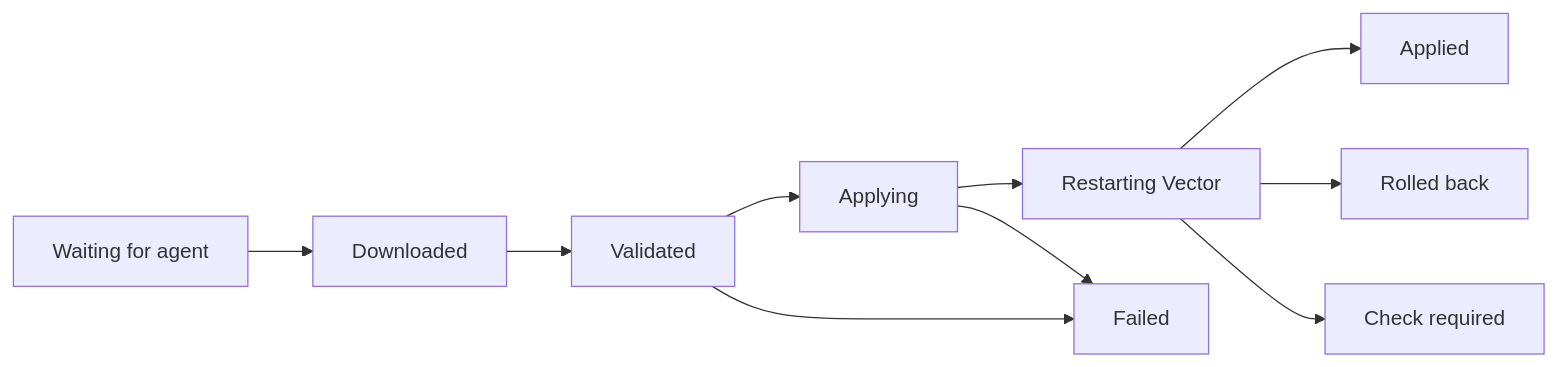
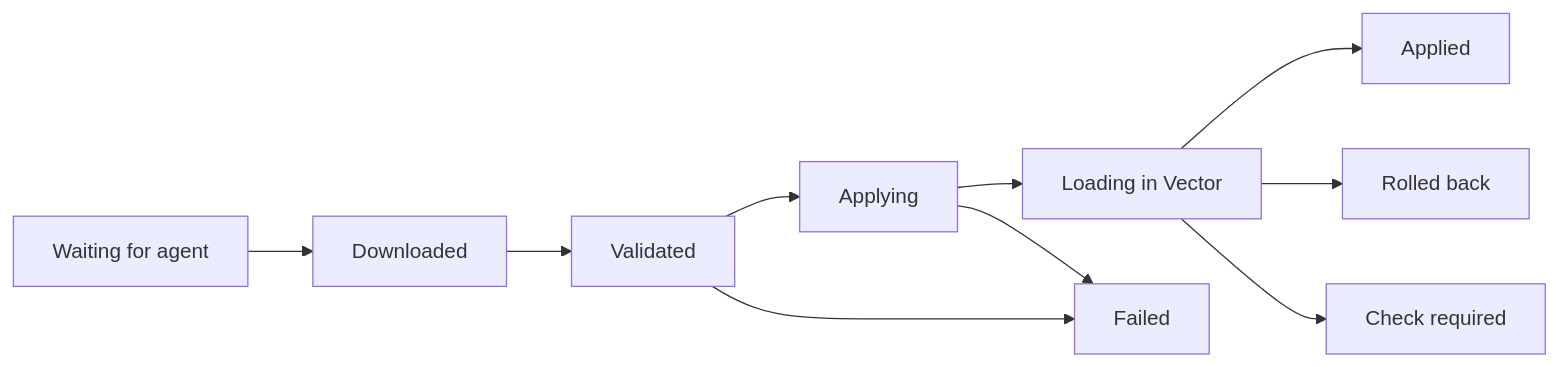
The diagram in docs/user/deployments.md (416rehman/Vectory), drawn with Mermaid before and after one commit. The commit also changed other lines of this file and 4 other files, not shown here.

First line of the commit message:
"Loading in Vector" names the activation step on every platform

````diff
--- a/docs/user/deployments.md
+++ b/docs/user/deployments.md
@@ -81,8 +81,8 @@
 ```mermaid
 flowchart LR
-  W["Waiting for agent"] --> D["Downloaded"] --> V["Validated"] --> A["Applying"] --> R["Restarting Vector"] --> OK["Applied"]
+  W["Waiting for agent"] --> D["Downloaded"] --> V["Validated"] --> A["Applying"] --> R["Loading in Vector"] --> OK["Applied"]
   V --> F["Failed"]
   A --> F
   R --> RB["Rolled back"]
   R --> C["Check required"]
 ```
````
